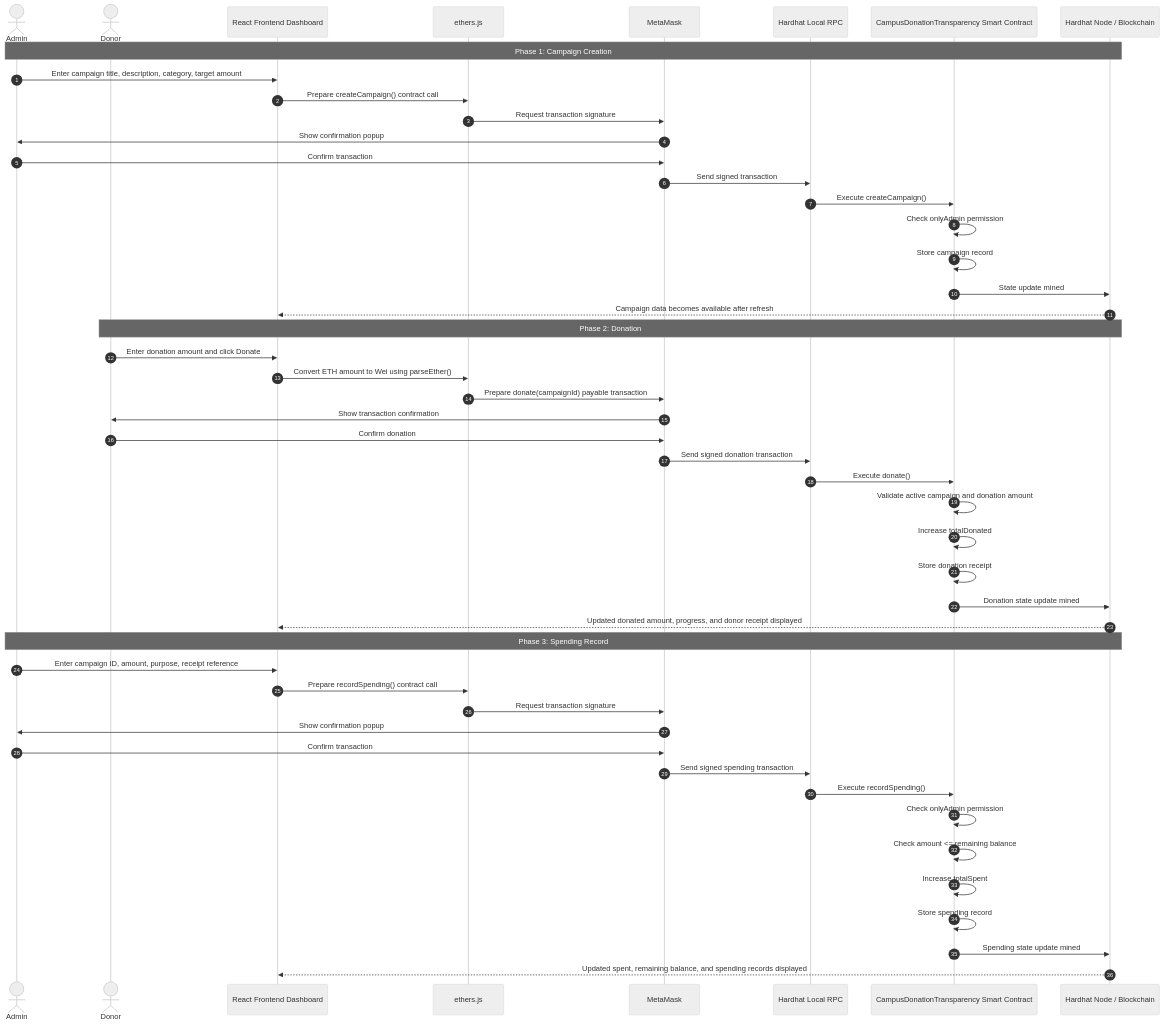
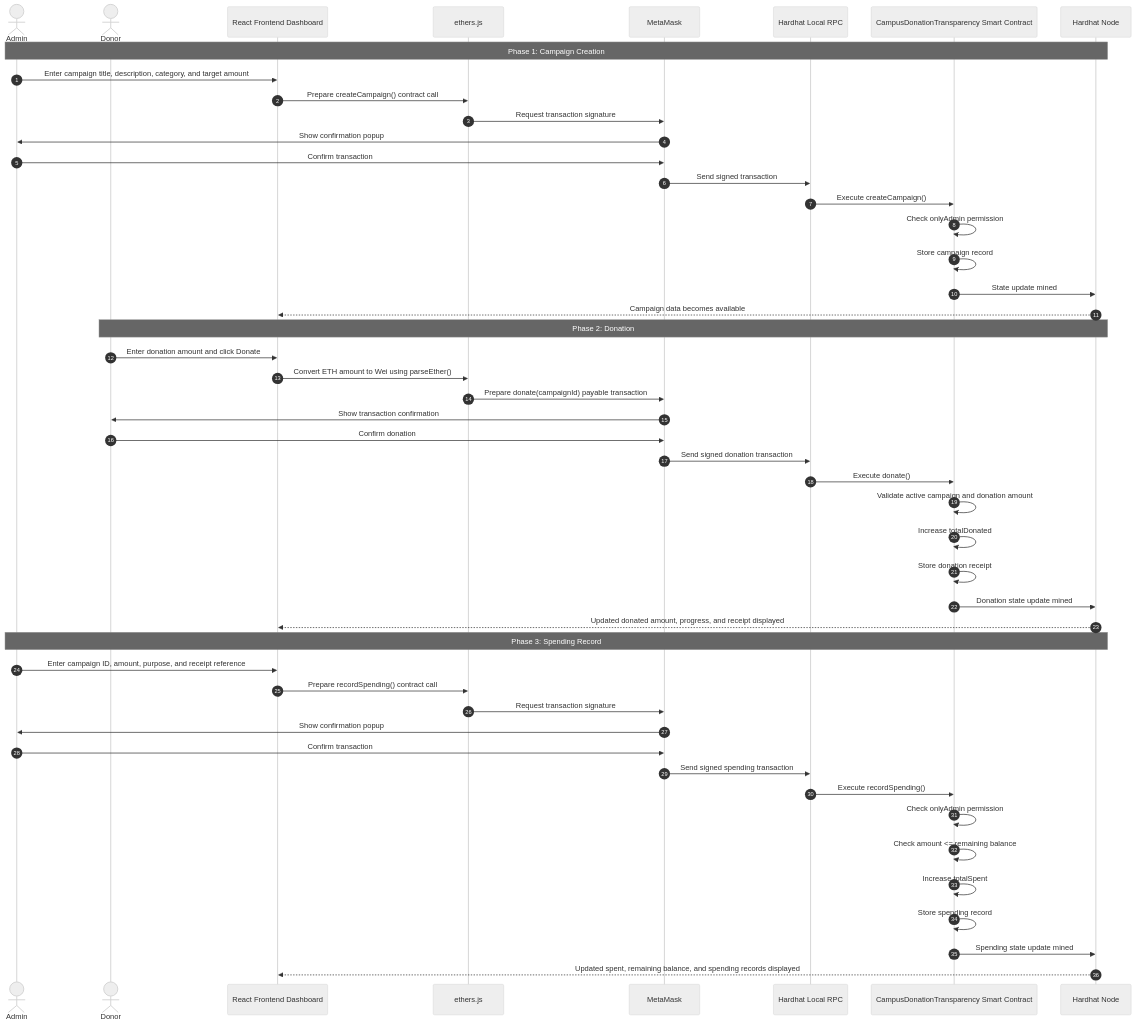
Before and after one commit to amiraa23/campus-donation-transparency: the second of 2 diagrams in README.md, drawn with Mermaid (neutral theme). The commit also changed other lines of this file, not shown here.

````diff
--- a/README.md
+++ b/README.md
@@ -223,58 +171,58 @@
 ```mermaid
 sequenceDiagram
     autonumber
 
     actor Admin
     actor Donor
     participant UI as React Frontend Dashboard
     participant ETH as ethers.js
     participant MM as MetaMask
     participant RPC as Hardhat Local RPC
     participant SC as CampusDonationTransparency Smart Contract
-    participant Node as Hardhat Node / Blockchain
+    participant Node as Hardhat Node
 
     Note over Admin,Node: Phase 1: Campaign Creation
 
-    Admin->>UI: Enter campaign title, description, category, target amount
+    Admin->>UI: Enter campaign title, description, category, and target amount
     UI->>ETH: Prepare createCampaign() contract call
     ETH->>MM: Request transaction signature
     MM->>Admin: Show confirmation popup
     Admin->>MM: Confirm transaction
     MM->>RPC: Send signed transaction
     RPC->>SC: Execute createCampaign()
     SC->>SC: Check onlyAdmin permission
     SC->>SC: Store campaign record
     SC->>Node: State update mined
-    Node-->>UI: Campaign data becomes available after refresh
+    Node-->>UI: Campaign data becomes available
 
     Note over Donor,Node: Phase 2: Donation
 
     Donor->>UI: Enter donation amount and click Donate
     UI->>ETH: Convert ETH amount to Wei using parseEther()
     ETH->>MM: Prepare donate(campaignId) payable transaction
     MM->>Donor: Show transaction confirmation
     Donor->>MM: Confirm donation
     MM->>RPC: Send signed donation transaction
     RPC->>SC: Execute donate()
     SC->>SC: Validate active campaign and donation amount
     SC->>SC: Increase totalDonated
     SC->>SC: Store donation receipt
     SC->>Node: Donation state update mined
-    Node-->>UI: Updated donated amount, progress, and donor receipt displayed
+    Node-->>UI: Updated donated amount, progress, and receipt displayed
 
     Note over Admin,Node: Phase 3: Spending Record
 
-    Admin->>UI: Enter campaign ID, amount, purpose, receipt reference
+    Admin->>UI: Enter campaign ID, amount, purpose, and receipt reference
     UI->>ETH: Prepare recordSpending() contract call
     ETH->>MM: Request transaction signature
     MM->>Admin: Show confirmation popup
     Admin->>MM: Confirm transaction
     MM->>RPC: Send signed spending transaction
     RPC->>SC: Execute recordSpending()
     SC->>SC: Check onlyAdmin permission
     SC->>SC: Check amount <= remaining balance
     SC->>SC: Increase totalSpent
     SC->>SC: Store spending record
     SC->>Node: Spending state update mined
     Node-->>UI: Updated spent, remaining balance, and spending records displayed
 ```
````
